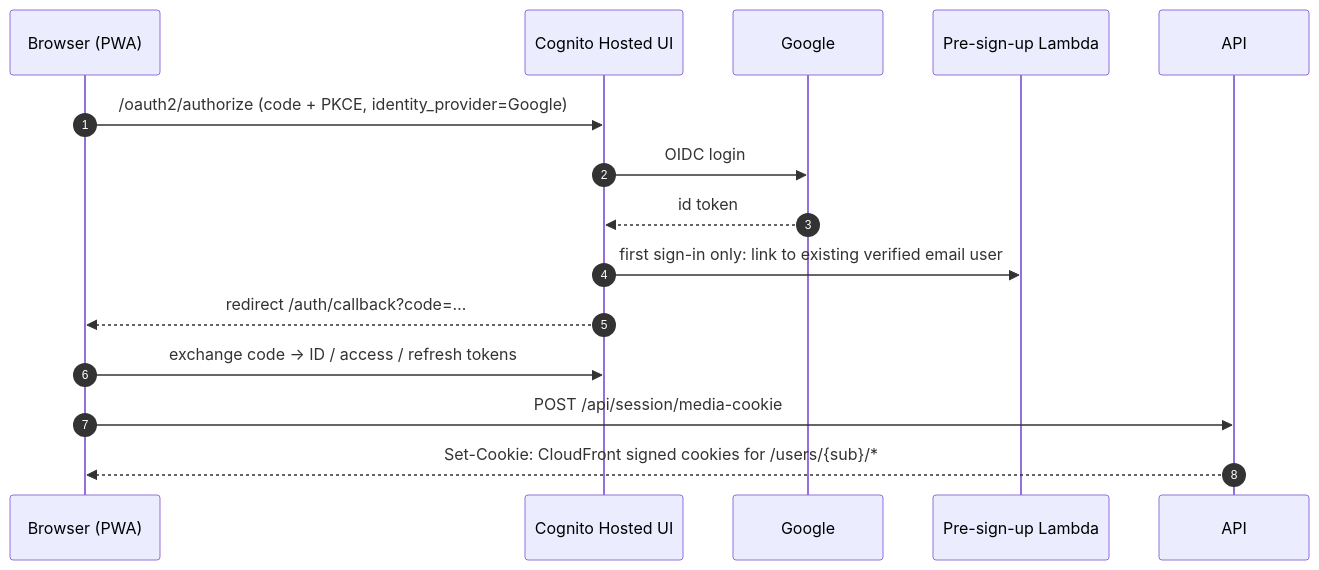
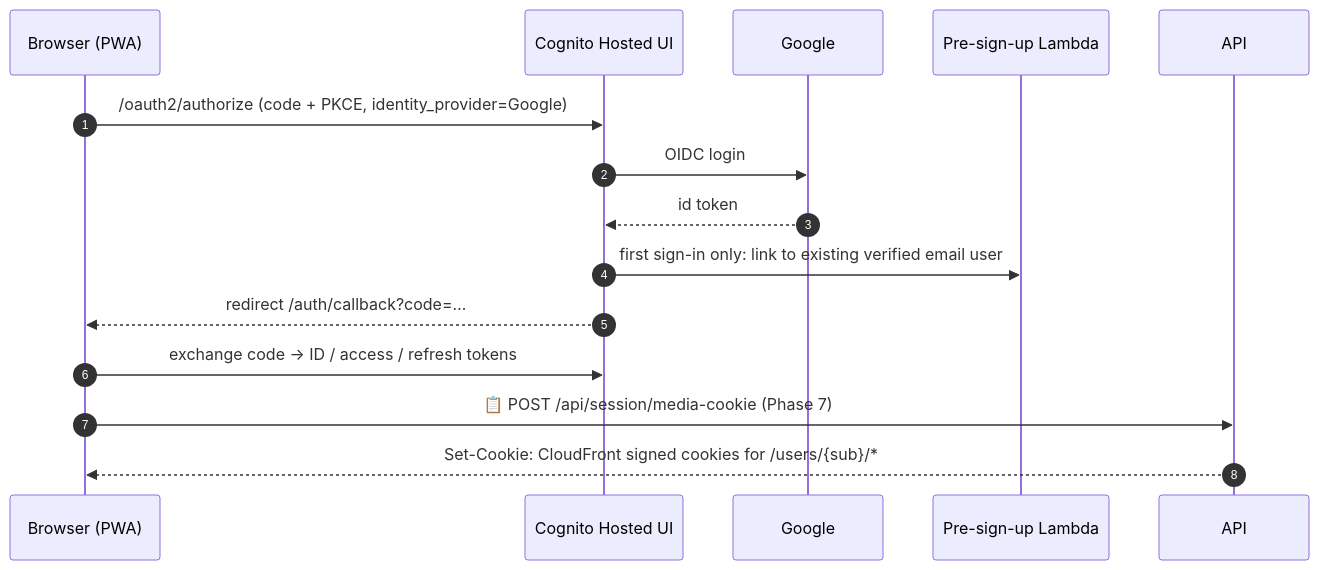
The fourth of 6 diagrams in ARCHITECTURE.md (EdgarA28/Photo-app), drawn with Mermaid before and after one commit. The commit also changed other lines of this file and 26 other files, not shown here.

````diff
--- a/ARCHITECTURE.md
+++ b/ARCHITECTURE.md
@@ -608,17 +611,17 @@
 ```mermaid
 sequenceDiagram
   autonumber
   participant U as Browser (PWA)
   participant C as Cognito Hosted UI
   participant G as Google
   participant T as Pre-sign-up Lambda
   participant A as API
   U->>C: /oauth2/authorize (code + PKCE, identity_provider=Google)
   C->>G: OIDC login
   G-->>C: id token
   C->>T: first sign-in only: link to existing verified email user
   C-->>U: redirect /auth/callback?code=…
   U->>C: exchange code → ID / access / refresh tokens
-  U->>A: POST /api/session/media-cookie
+  U->>A: 📋 POST /api/session/media-cookie (Phase 7)
   A-->>U: Set-Cookie: CloudFront signed cookies for /users/{sub}/*
 ```
````
